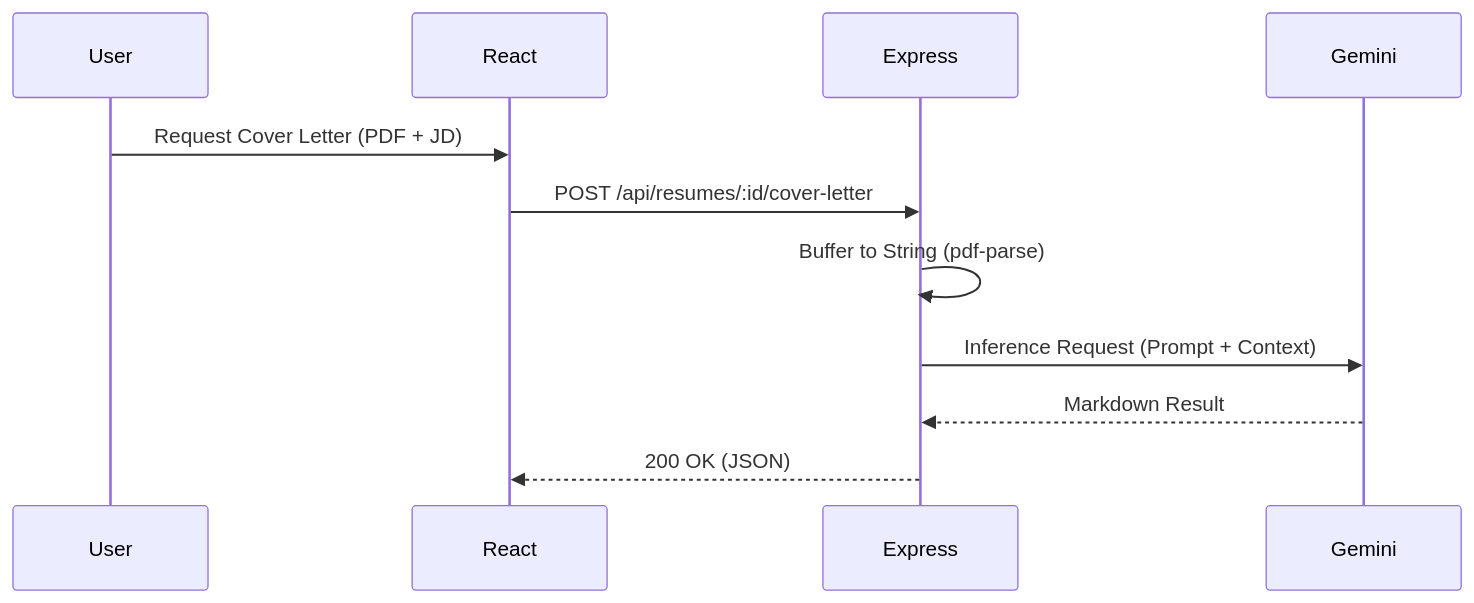
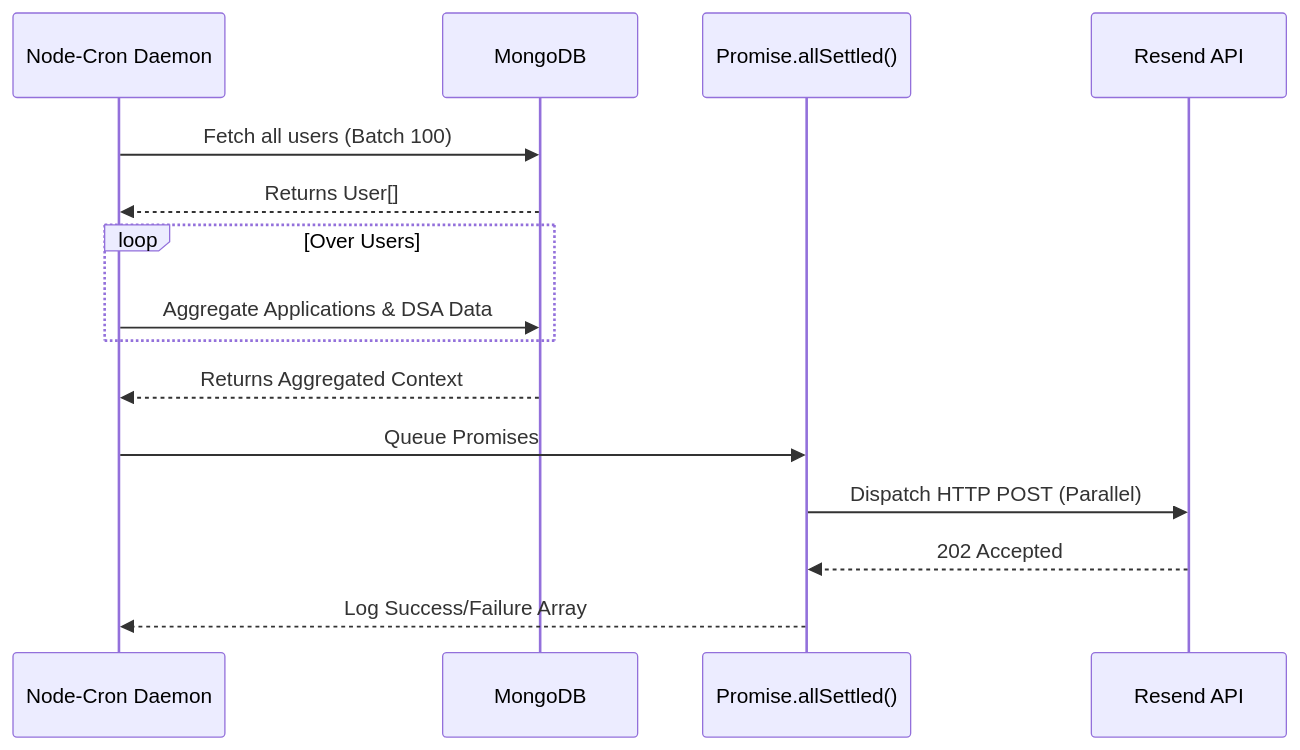
Before and after one commit to sandeep-kumar-270904/my-personal-tracking-system-: the second of 3 diagrams in README.md, drawn with Mermaid. The commit also changed other lines of this file, not shown here.

Commit message:
docs: rewrite README to FAANG architectural standards with deep spec breakdowns

````diff
--- a/README.md
+++ b/README.md
@@ -135,14 +138,18 @@
 ```mermaid
 sequenceDiagram
-    participant User
-    participant React
-    participant Express
-    participant Gemini
+    participant Cron as Node-Cron Daemon
+    participant DB as MongoDB
+    participant App as Promise.allSettled()
+    participant SMTP as Resend API
     
-    User->>React: Request Cover Letter (PDF + JD)
-    React->>Express: POST /api/resumes/:id/cover-letter
-    Express->>Express: Buffer to String (pdf-parse)
-    Express->>Gemini: Inference Request (Prompt + Context)
-    Gemini-->>Express: Markdown Result
-    Express-->>React: 200 OK (JSON)
+    Cron->>DB: Fetch all users (Batch 100)
+    DB-->>Cron: Returns User[]
+    loop Over Users
+        Cron->>DB: Aggregate Applications & DSA Data
+    end
+    DB-->>Cron: Returns Aggregated Context
+    Cron->>App: Queue Promises
+    App->>SMTP: Dispatch HTTP POST (Parallel)
+    SMTP-->>App: 202 Accepted
+    App-->>Cron: Log Success/Failure Array
 ```
````
